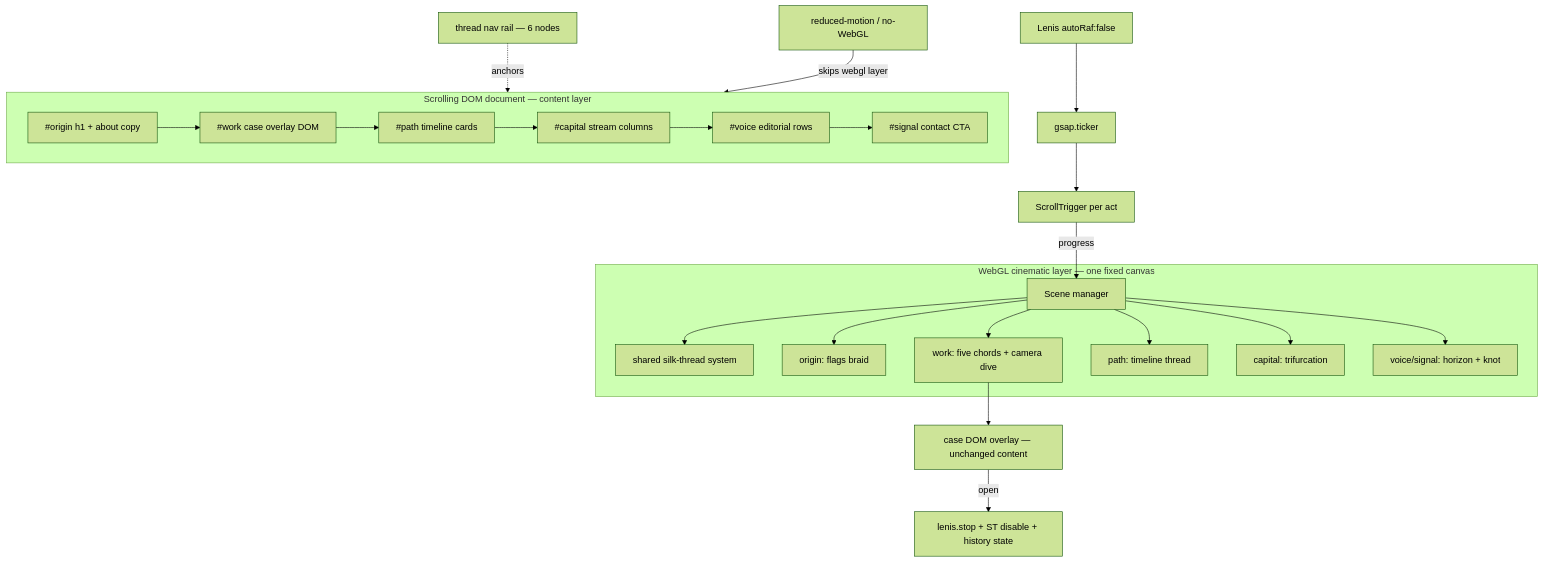
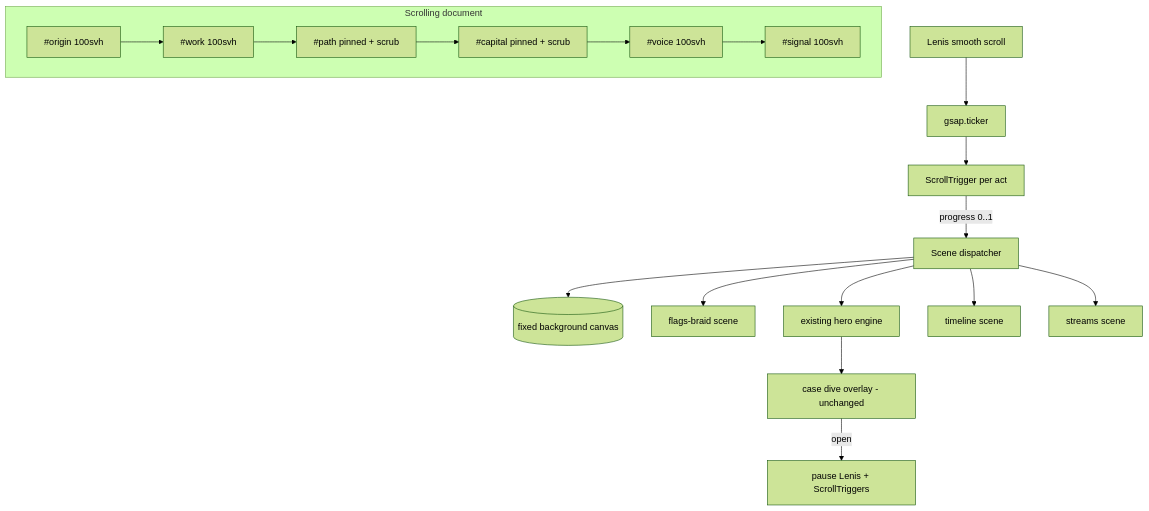
The diagram in plans/2026-07-13-001-feat-cinematic-six-act-scroll-redesign-plan.md (sc-jackie/sergeichan), drawn with Mermaid (forest theme) before and after one commit. The commit also changed other lines of this file and 1 other file, not shown here.

Commit message:
docs(plans): rev 3 — back to Canvas-2D architecture after rev-2 revert (no Three.js, PR-gated)

````diff
--- a/plans/2026-07-13-001-feat-cinematic-six-act-scroll-redesign-plan.md
+++ b/plans/2026-07-13-001-feat-cinematic-six-act-scroll-redesign-plan.md
@@ -73,25 +76,20 @@
 ```mermaid
 flowchart TB
-  subgraph document [Scrolling DOM document — content layer]
-    S1[#origin h1 + about copy] --> S2[#work case overlay DOM]
-    S2 --> S3[#path timeline cards]
-    S3 --> S4[#capital stream columns]
-    S4 --> S5[#voice editorial rows]
-    S5 --> S6[#signal contact CTA]
+  subgraph document [Scrolling document]
+    S1[#origin 100svh] --> S2[#work 100svh]
+    S2 --> S3[#path pinned + scrub]
+    S3 --> S4[#capital pinned + scrub]
+    S4 --> S5[#voice 100svh]
+    S5 --> S6[#signal 100svh]
   end
-  NAV[thread nav rail — 6 nodes] -.anchors.-> document
-  L[Lenis autoRaf:false] --> T[gsap.ticker]
+  L[Lenis smooth scroll] --> T[gsap.ticker]
   T --> ST[ScrollTrigger per act]
-  ST -->|progress| SM[Scene manager]
-  subgraph webgl [WebGL cinematic layer — one fixed canvas]
-    SM --> TS[shared silk-thread system]
-    SM --> A1[origin: flags braid]
-    SM --> A2[work: five chords + camera dive]
-    SM --> A3[path: timeline thread]
-    SM --> A4[capital: trifurcation]
-    SM --> A56[voice/signal: horizon + knot]
-  end
-  A2 --> CASE[case DOM overlay — unchanged content]
-  CASE -->|open| P[lenis.stop + ST disable + history state]
-  FB[reduced-motion / no-WebGL] -->|skips webgl layer| document
+  ST -->|progress 0..1| D[Scene dispatcher]
+  D --> C[(fixed background canvas)]
+  D --> A1[flags-braid scene]
+  D --> A2[existing hero engine]
+  D --> A3[timeline scene]
+  D --> A4[streams scene]
+  A2 --> CASE[case dive overlay - unchanged]
+  CASE -->|open| P[pause Lenis + ScrollTriggers]
 ```
````
